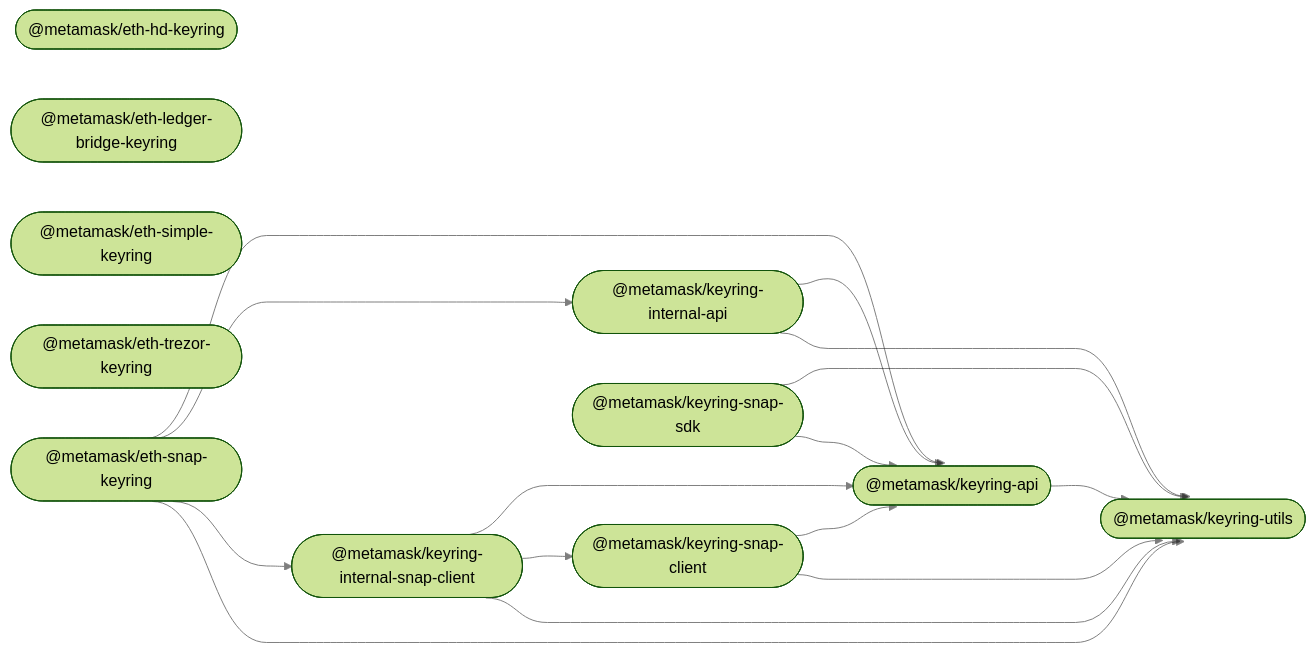
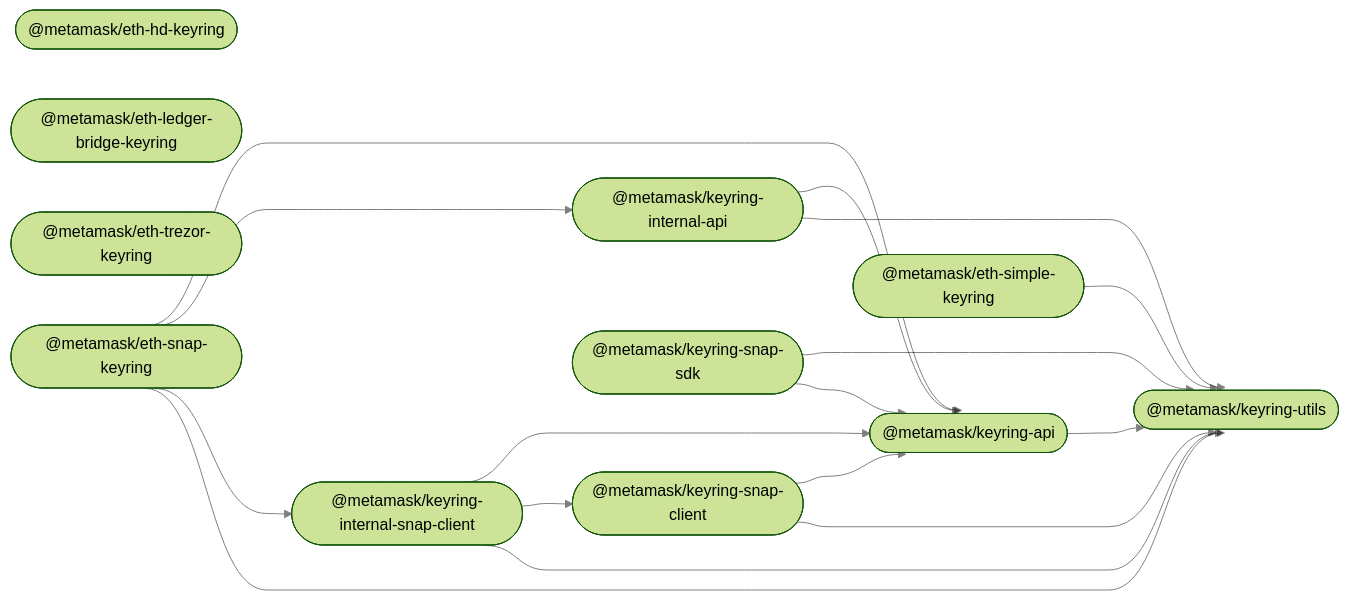
One commit to MetaMask/accounts changed the diagram in README.md. Above: the diagram before and after it, drawn with Mermaid (forest theme).

````diff
--- a/README.md
+++ b/README.md
@@ -33,30 +33,31 @@
 ```mermaid
 %%{ init: { 'flowchart': { 'curve': 'bumpX' } } }%%
 graph LR;
 linkStyle default opacity:0.5
   keyring_api(["@metamask/keyring-api"]);
   eth_hd_keyring(["@metamask/eth-hd-keyring"]);
   eth_ledger_bridge_keyring(["@metamask/eth-ledger-bridge-keyring"]);
   eth_simple_keyring(["@metamask/eth-simple-keyring"]);
   eth_trezor_keyring(["@metamask/eth-trezor-keyring"]);
   keyring_internal_api(["@metamask/keyring-internal-api"]);
   keyring_internal_snap_client(["@metamask/keyring-internal-snap-client"]);
   eth_snap_keyring(["@metamask/eth-snap-keyring"]);
   keyring_snap_client(["@metamask/keyring-snap-client"]);
   keyring_snap_sdk(["@metamask/keyring-snap-sdk"]);
   keyring_utils(["@metamask/keyring-utils"]);
   keyring_api --> keyring_utils;
+  eth_simple_keyring --> keyring_utils;
   keyring_internal_api --> keyring_api;
   keyring_internal_api --> keyring_utils;
   keyring_internal_snap_client --> keyring_api;
   keyring_internal_snap_client --> keyring_snap_client;
   keyring_internal_snap_client --> keyring_utils;
   eth_snap_keyring --> keyring_api;
   eth_snap_keyring --> keyring_internal_api;
   eth_snap_keyring --> keyring_internal_snap_client;
   eth_snap_keyring --> keyring_utils;
   keyring_snap_client --> keyring_api;
   keyring_snap_client --> keyring_utils;
   keyring_snap_sdk --> keyring_utils;
   keyring_snap_sdk --> keyring_api;
 ```
````
